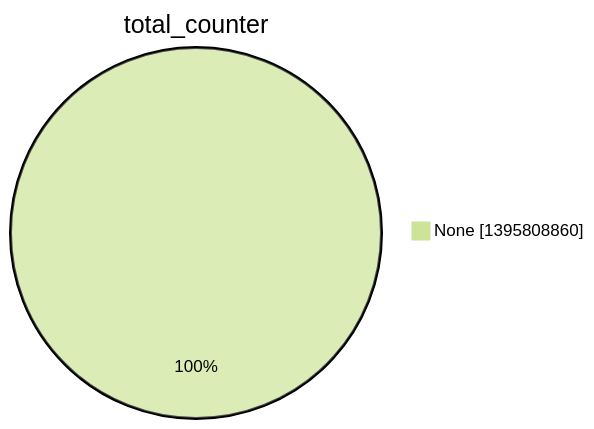
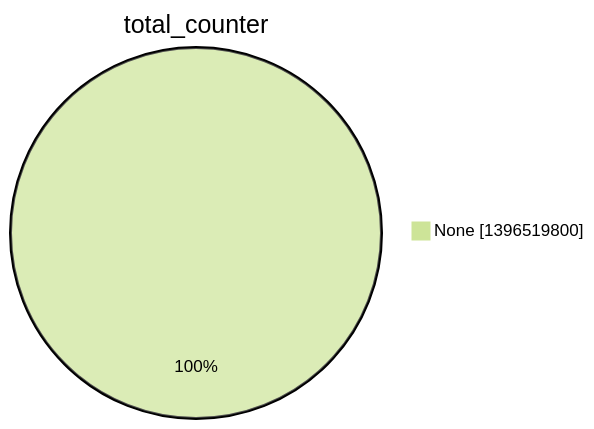
The second of 15 diagrams in argon2022/README.md (christiankrug/ctmonitor_visualization), drawn with Mermaid (forest theme) before and after one commit. The commit also changed other lines of this file, not shown here.

````diff
--- a/argon2022/README.md
+++ b/argon2022/README.md
@@ -9,5 +9,5 @@
 ```mermaid
 pie showData
 title total_counter
-"None" :1395808860
+"None" :1396519800
 ```
````
